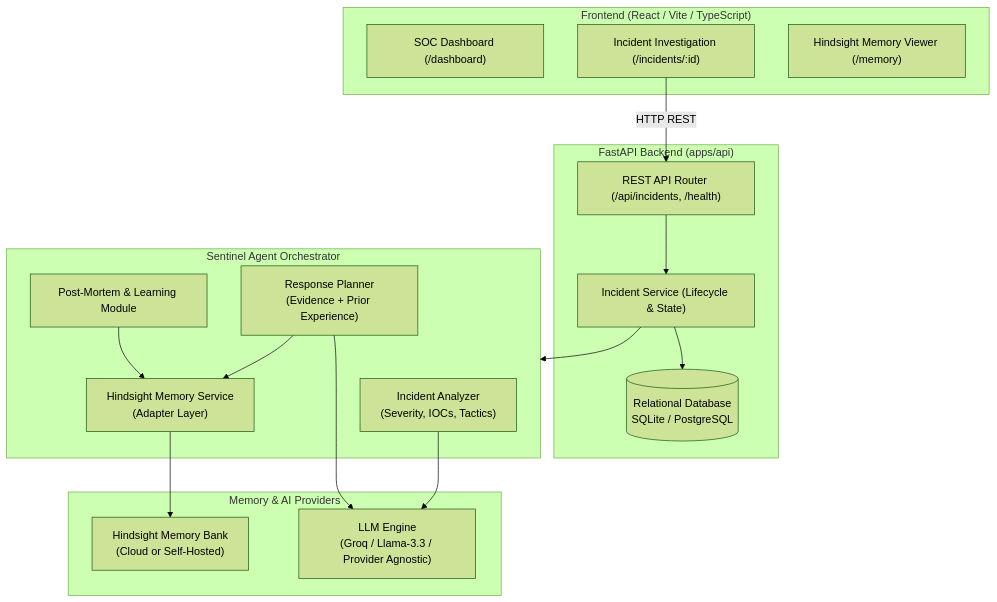
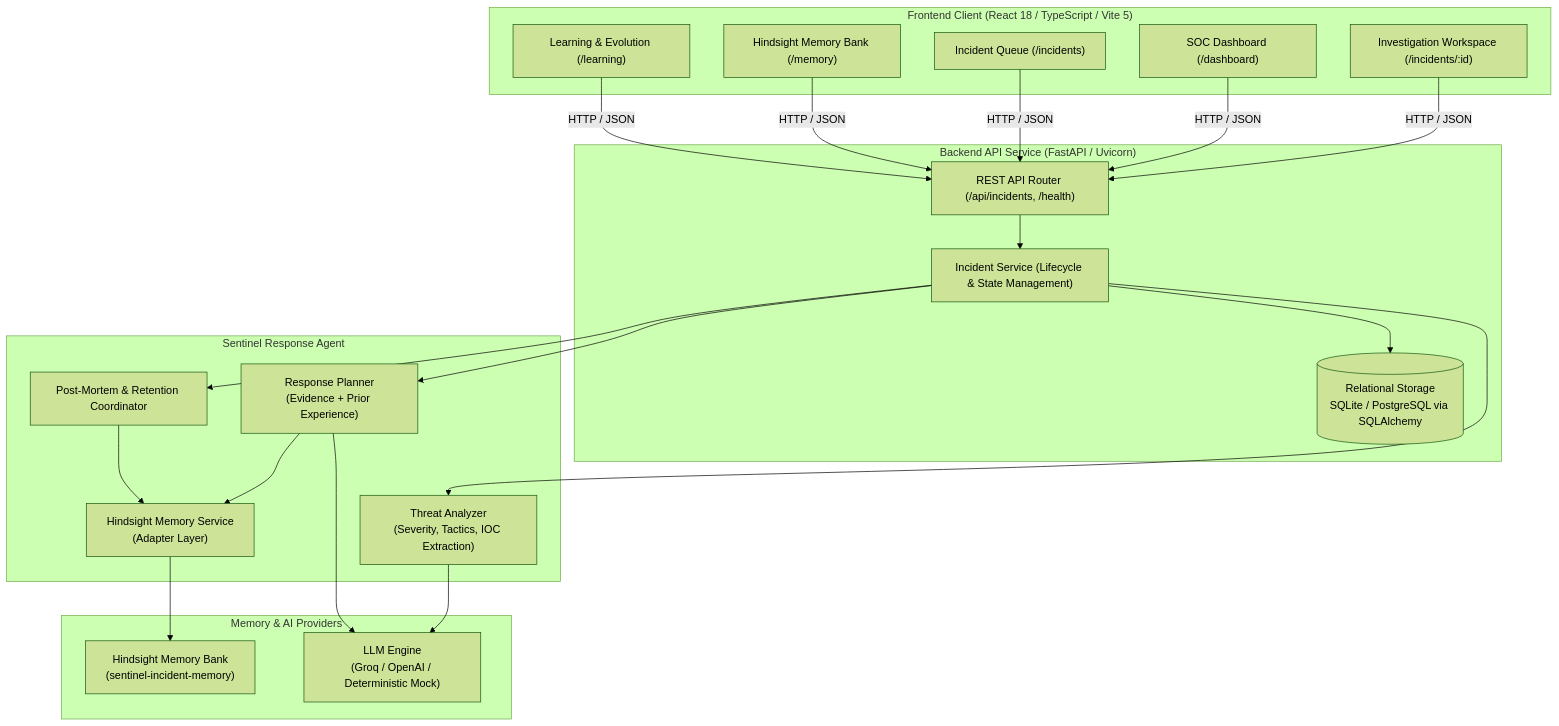
The diagram in docs/ARCHITECTURE.md (siddharthg-7/Incident-Response-Agent), drawn with Mermaid (forest theme) before and after one commit. The commit also changed other lines of this file and 11 other files, not shown here.

````diff
--- a/docs/ARCHITECTURE.md
+++ b/docs/ARCHITECTURE.md
@@ -19,37 +19,46 @@
 ```mermaid
-graph TD
-    subgraph Frontend["Frontend (React / Vite / TypeScript)"]
-        UI_Dashboard["SOC Dashboard (/dashboard)"]
-        UI_Investigate["Incident Investigation (/incidents/:id)"]
-        UI_Memory["Hindsight Memory Viewer (/memory)"]
+flowchart TD
+    subgraph Frontend["Frontend Client (React 18 / TypeScript / Vite 5)"]
+        UI_Dash["SOC Dashboard (/dashboard)"]
+        UI_Queue["Incident Queue (/incidents)"]
+        UI_Investigate["Investigation Workspace (/incidents/:id)"]
+        UI_Memory["Hindsight Memory Bank (/memory)"]
+        UI_Learning["Learning & Evolution (/learning)"]
     end
 
-    subgraph Backend["FastAPI Backend (apps/api)"]
+    subgraph Backend["Backend API Service (FastAPI / Uvicorn)"]
         API_Router["REST API Router (/api/incidents, /health)"]
-        IncidentSvc["Incident Service (Lifecycle & State)"]
-        DB_Storage[("Relational Database\nSQLite / PostgreSQL")]
+        IncidentSvc["Incident Service (Lifecycle & State Management)"]
+        DB_Storage[("Relational Storage\nSQLite / PostgreSQL via SQLAlchemy")]
     end
 
-    subgraph AgentLayer["Sentinel Agent Orchestrator"]
-        Analyzer["Incident Analyzer\n(Severity, IOCs, Tactics)"]
+    subgraph AgentLayer["Sentinel Response Agent"]
+        Analyzer["Threat Analyzer\n(Severity, Tactics, IOC Extraction)"]
+        Recommender["Response Planner\n(Evidence + Prior Experience)"]
         HindsightSvc["Hindsight Memory Service\n(Adapter Layer)"]
-        Recommender["Response Planner\n(Evidence + Prior Experience)"]
-        LearningSvc["Post-Mortem & Learning Module"]
+        LearningSvc["Post-Mortem & Retention Coordinator"]
     end
 
     subgraph External["Memory & AI Providers"]
-        HindsightAPI["Hindsight Memory Bank\n(Cloud or Self-Hosted)"]
-        LLMProvider["LLM Engine\n(Groq / Llama-3.3 / Provider Agnostic)"]
+        HindsightAPI["Hindsight Memory Bank\n(sentinel-incident-memory)"]
+        LLMProvider["LLM Engine\n(Groq / OpenAI / Deterministic Mock)"]
     end
 
-    UI_Investigate -->|HTTP REST| API_Router
+    UI_Investigate -->|HTTP / JSON| API_Router
+    UI_Dash -->|HTTP / JSON| API_Router
+    UI_Queue -->|HTTP / JSON| API_Router
+    UI_Memory -->|HTTP / JSON| API_Router
+    UI_Learning -->|HTTP / JSON| API_Router
+
     API_Router --> IncidentSvc
     IncidentSvc --> DB_Storage
-    IncidentSvc --> AgentLayer
+    IncidentSvc --> Analyzer
+    IncidentSvc --> Recommender
+    IncidentSvc --> LearningSvc
 
     Analyzer --> LLMProvider
-    HindsightSvc --> HindsightAPI
     Recommender --> LLMProvider
     Recommender --> HindsightSvc
     LearningSvc --> HindsightSvc
+    HindsightSvc --> HindsightAPI
 ```
````
